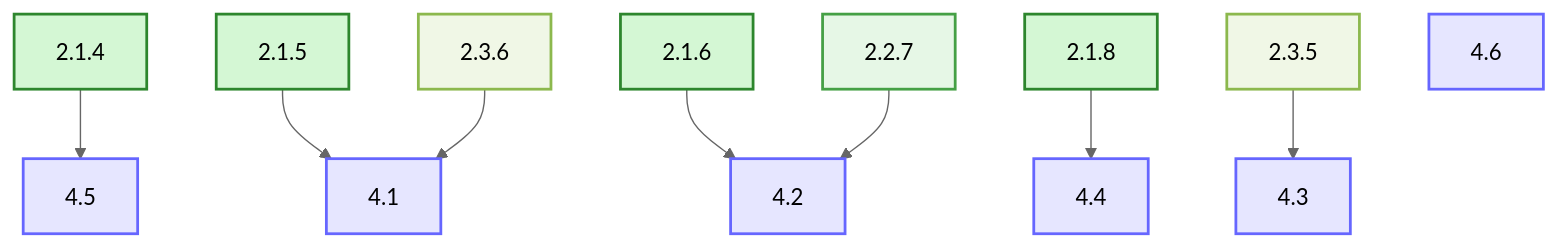
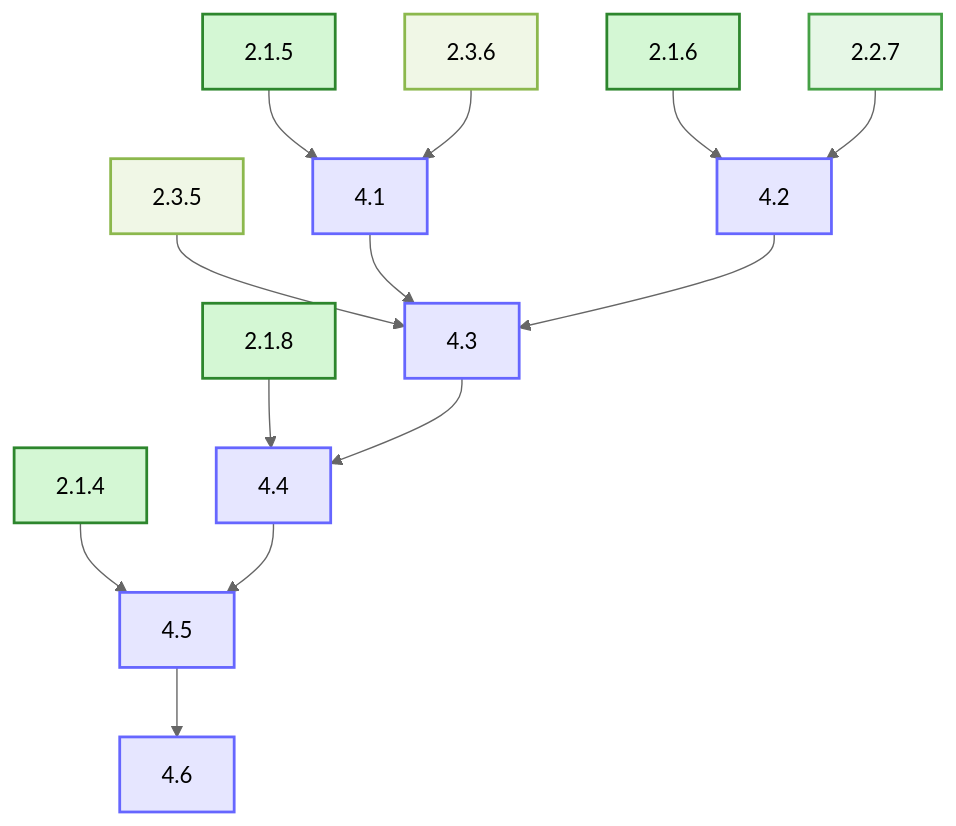
Before and after one commit to Oldranda1414/SP2PFL-ProjectManagement: the seventh of 11 diagrams in docs/planning.md, drawn with Mermaid (neutral theme). The commit also changed other lines of this file, not shown here.

````diff
--- a/docs/planning.md
+++ b/docs/planning.md
@@ -679,31 +679,36 @@
 ```mermaid
 graph TD
     %% Activities
     2.1.4:::core
     2.1.5:::core
     2.1.6:::core
     2.1.8:::core
     2.2.7:::model
     2.3.5:::security
     2.3.6:::security
     4.1:::fl
     4.2:::fl
     4.3:::fl
     4.4:::fl
     4.5:::fl
     4.6:::fl
     
     %% Dependencies
     2.1.4 --> 4.5
     2.1.5 --> 4.1
     2.1.6 --> 4.2
     2.1.8 --> 4.4
     2.2.7 --> 4.2
     2.3.5 --> 4.3
     2.3.6 --> 4.1
+    4.1 --> 4.3
+    4.2 --> 4.3
+    4.3 --> 4.4
+    4.4 --> 4.5
+    4.5 --> 4.6
 
     classDef core fill:#d4f7d4,stroke:#2d862d,stroke-width:2px
     classDef model fill:#e6f7e6,stroke:#45a045,stroke-width:2px
     classDef security fill:#f0f7e6,stroke:#8cb84d,stroke-width:2px
     classDef fl fill:#e6e6ff,stroke:#6666ff,stroke-width:2px
 ```
````
